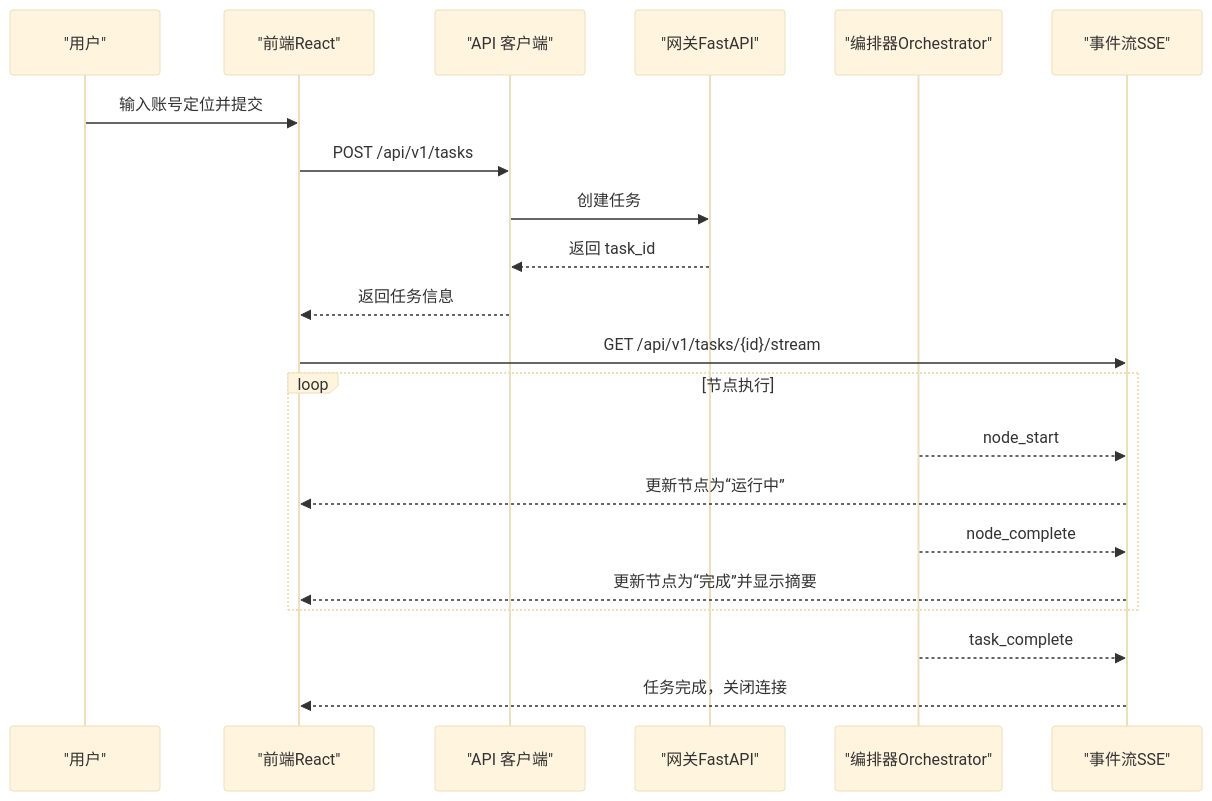
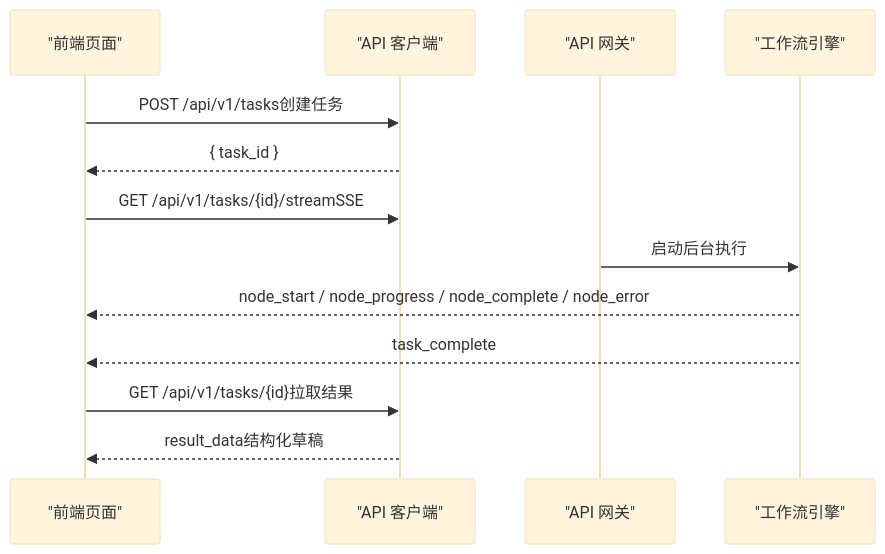
Before and after one commit to sansansansansan2022-web/hotclaw: the fifth of 6 diagrams in .qoder/repowiki/zh/content/项目概述/项目概述.md, drawn with Mermaid (base theme). The commit also changed other lines of this file and 288 other files, not shown here.

````diff
--- a/.qoder/repowiki/zh/content/项目概述/项目概述.md
+++ b/.qoder/repowiki/zh/content/项目概述/项目概述.md
@@ -150,23 +249,15 @@
 ```mermaid
 sequenceDiagram
-participant U as "用户"
-participant F as "前端React"
-participant A as "API 客户端"
-participant G as "网关FastAPI"
-participant O as "编排器Orchestrator"
-participant E as "事件流SSE"
-U->>F : 输入账号定位并提交
-F->>A : POST /api/v1/tasks
-A->>G : 创建任务
-G-->>A : 返回 task_id
-A-->>F : 返回任务信息
-F->>E : GET /api/v1/tasks/{id}/stream
-loop 节点执行
-O-->>E : node_start
-E-->>F : 更新节点为“运行中”
-O-->>E : node_complete
-E-->>F : 更新节点为“完成”并显示摘要
-end
-O-->>E : task_complete
-E-->>F : 任务完成，关闭连接
+participant FE as "前端页面"
+participant API as "API 客户端"
+participant GW as "API 网关"
+participant ORCH as "工作流引擎"
+FE->>API : POST /api/v1/tasks创建任务
+API-->>FE : { task_id }
+FE->>API : GET /api/v1/tasks/{id}/streamSSE
+GW->>ORCH : 启动后台执行
+ORCH-->>FE : node_start / node_progress / node_complete / node_error
+ORCH-->>FE : task_complete
+FE->>API : GET /api/v1/tasks/{id}拉取结果
+API-->>FE : result_data结构化草稿
 ```
````
